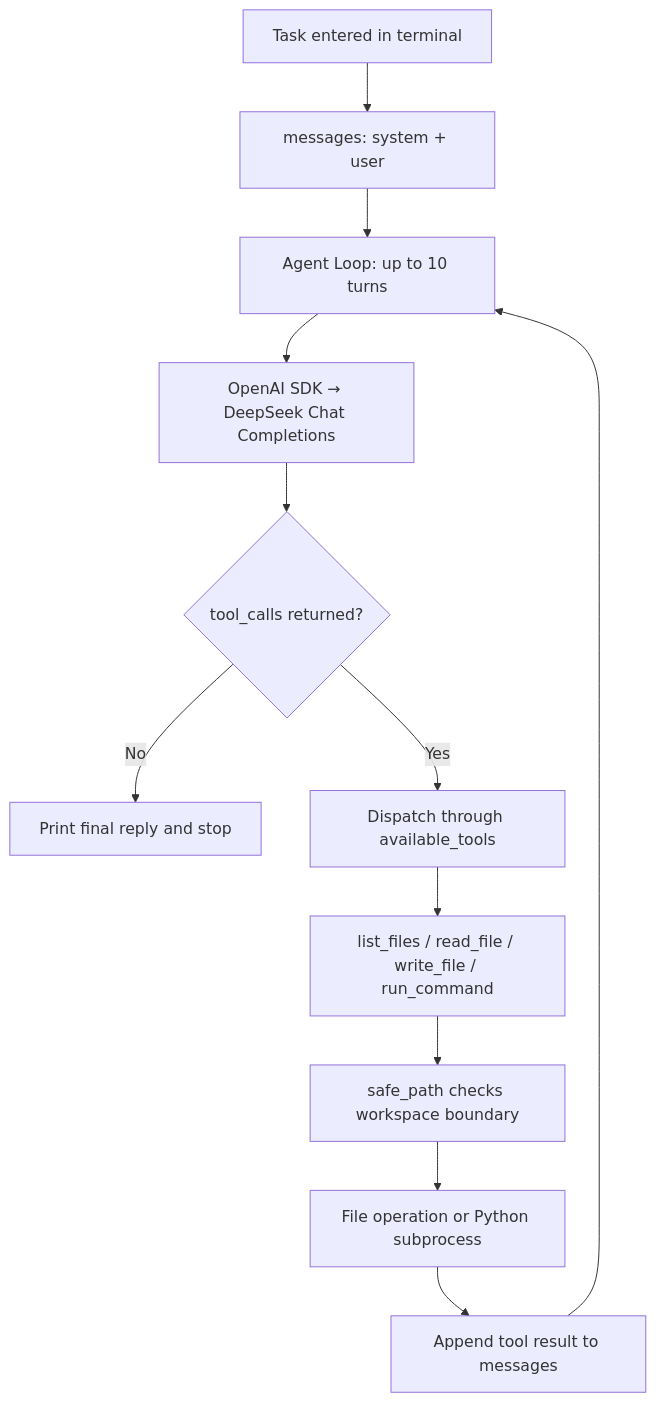
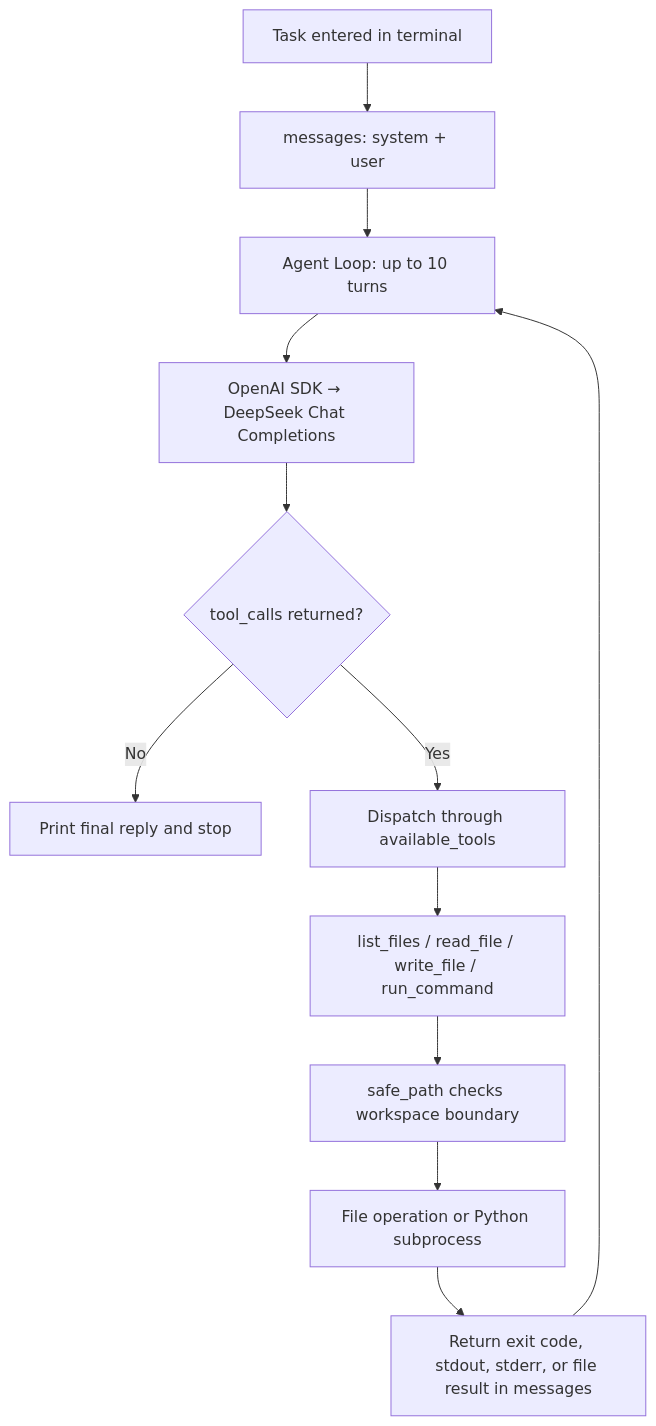
One commit to torres953190868/MiniCodingAgent changed the diagram in README.en.md. Above: the diagram before and after it, drawn with Mermaid. The commit also changed other lines of this file and 2 other files, not shown here.

````diff
--- a/README.en.md
+++ b/README.en.md
@@ -78,14 +78,14 @@
 ```mermaid
 flowchart TD
     U["Task entered in terminal"] --> H["messages: system + user"]
     H --> A["Agent Loop: up to 10 turns"]
     A --> M["OpenAI SDK → DeepSeek Chat Completions"]
     M --> D{"tool_calls returned?"}
     D -- No --> F["Print final reply and stop"]
     D -- Yes --> X["Dispatch through available_tools"]
     X --> T["list_files / read_file / write_file / run_command"]
     T --> P["safe_path checks workspace boundary"]
     P --> R["File operation or Python subprocess"]
-    R --> O["Append tool result to messages"]
+    R --> O["Return exit code, stdout, stderr, or file result in messages"]
     O --> A
 ```
````
